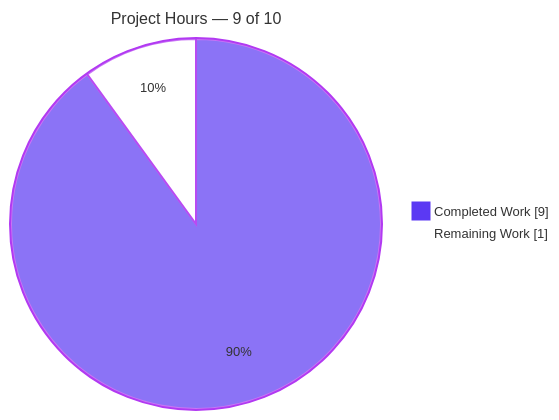
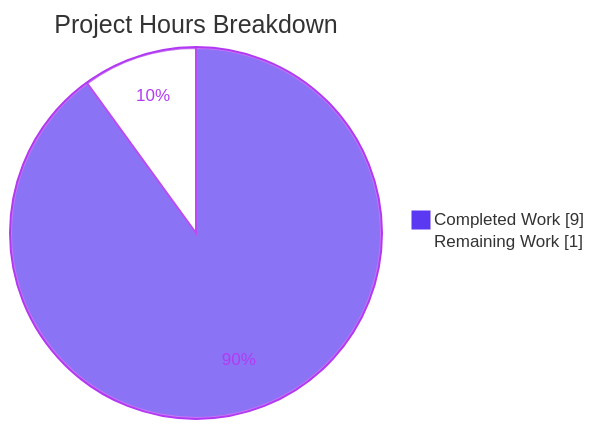
One commit to shaliniblitzy/-With-default-AAP-and-project-guide- changed the second of 3 diagrams in blitzy/documentation/Project Guide.md. Above: the diagram before and after it, drawn with Mermaid. The commit also changed other lines of this file, not shown here.

Commit message:
Adding Blitzy Project Guide: Project Status and Human Tasks Remaining

````diff
--- a/blitzy/documentation/Project Guide.md
+++ b/blitzy/documentation/Project Guide.md
@@ -220,6 +187,6 @@
 ```mermaid
-%%{init: {'theme': 'base', 'themeVariables': {'pie1': '#5B39F3', 'pie2': '#FFFFFF', 'pieStrokeColor': '#B23AF2', 'pieOuterStrokeColor': '#B23AF2', 'pieOuterStrokeWidth': '2px', 'pieTitleTextSize': '16px', 'pieSectionTextSize': '13px', 'pieLegendTextSize': '13px'}}}%%
-pie showData title Project Hours — 9 of 10
+%%{init: {'theme':'base', 'themeVariables':{'pie1':'#5B39F3','pie2':'#FFFFFF','pieStrokeColor':'#B23AF2','pieOuterStrokeColor':'#B23AF2','pieSectionTextColor':'#B23AF2','pieOuterStrokeWidth':'2px'}}}%%
+pie showData title Project Hours Breakdown
     "Completed Work" : 9
     "Remaining Work" : 1
 ```
````
